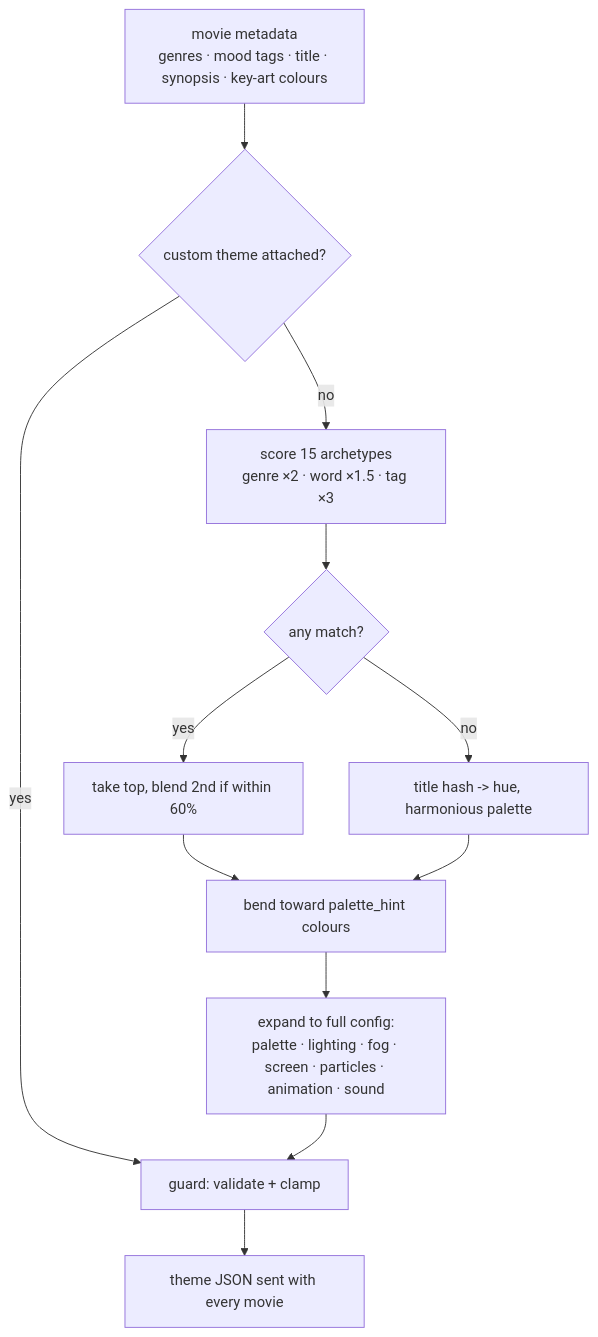
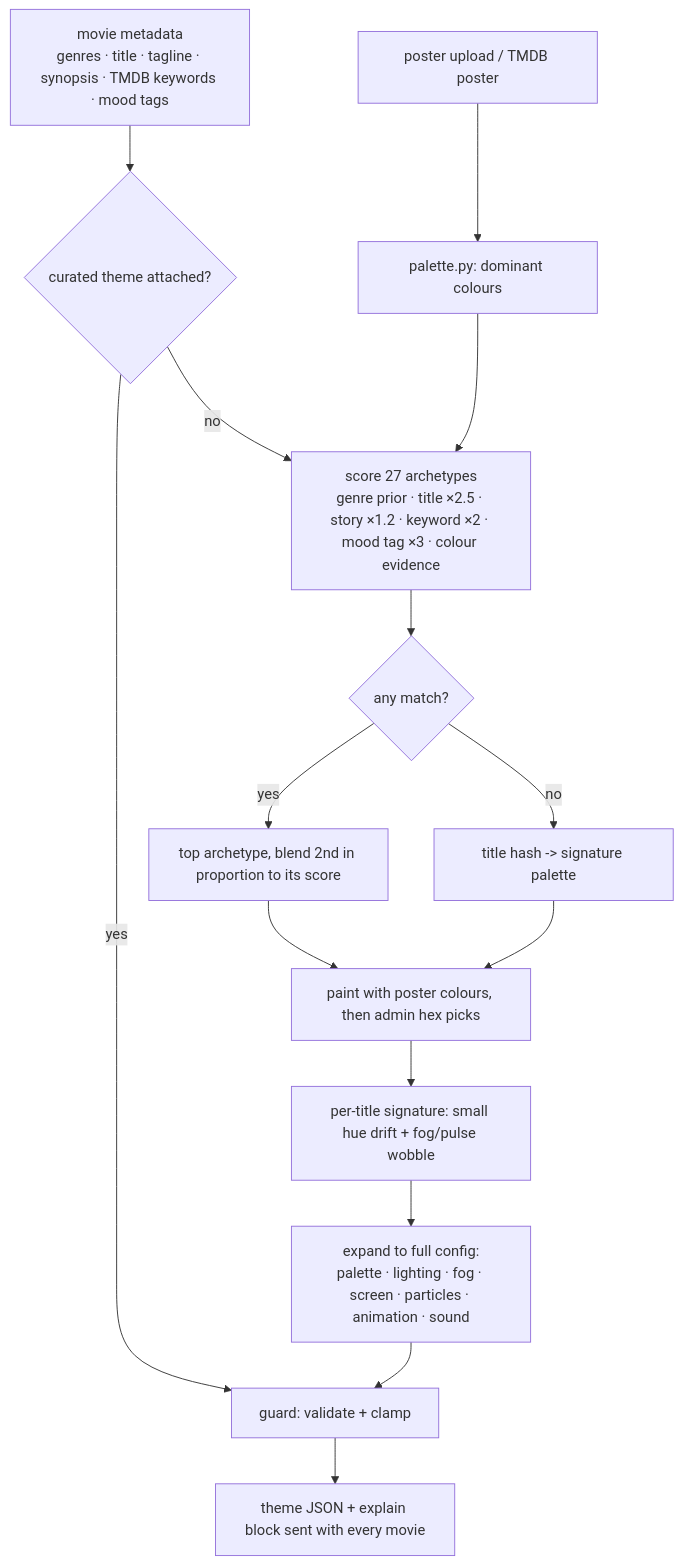
One commit to Krishna945-crtl/viewshow changed the third of 3 diagrams in docs/ARCHITECTURE.md. Above: the diagram before and after it, drawn with Mermaid. The commit also changed other lines of this file and 10 other files, not shown here.

First line of the commit message:
Docs + Docker: theme engine guide, media volume, TMDB env

````diff
--- a/docs/ARCHITECTURE.md
+++ b/docs/ARCHITECTURE.md
@@ -117,14 +123,17 @@
 ```mermaid
 flowchart TD
-  M[movie metadata<br/>genres · mood tags · title · synopsis · key-art colours] --> C{custom theme attached?}
+  M[movie metadata<br/>genres · title · tagline · synopsis · TMDB keywords · mood tags] --> C{curated theme attached?}
   C -- yes --> G[guard: validate + clamp]
-  C -- no --> S[score 15 archetypes<br/>genre ×2 · word ×1.5 · tag ×3]
+  C -- no --> S[score 27 archetypes<br/>genre prior · title ×2.5 · story ×1.2 · keyword ×2 · mood tag ×3 · colour evidence]
+  ART[poster upload / TMDB poster] --> PAL[palette.py: dominant colours]
+  PAL --> S
   S --> B{any match?}
-  B -- yes --> X[take top, blend 2nd if within 60%]
-  B -- no --> H[title hash -> hue, harmonious palette]
-  X --> P[bend toward palette_hint colours]
+  B -- yes --> X[top archetype, blend 2nd in proportion to its score]
+  B -- no --> H[title hash -> signature palette]
+  X --> P[paint with poster colours, then admin hex picks]
   H --> P
-  P --> E[expand to full config:<br/>palette · lighting · fog · screen · particles · animation · sound]
+  P --> SIG[per-title signature: small hue drift + fog/pulse wobble]
+  SIG --> E[expand to full config:<br/>palette · lighting · fog · screen · particles · animation · sound]
   E --> G
-  G --> OUT[theme JSON sent with every movie]
+  G --> OUT[theme JSON + explain block sent with every movie]
 ```
````
